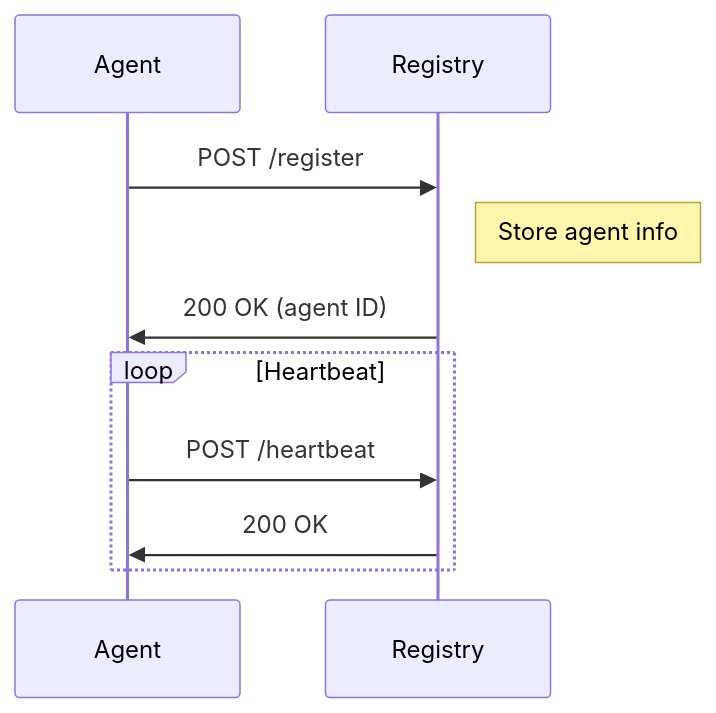
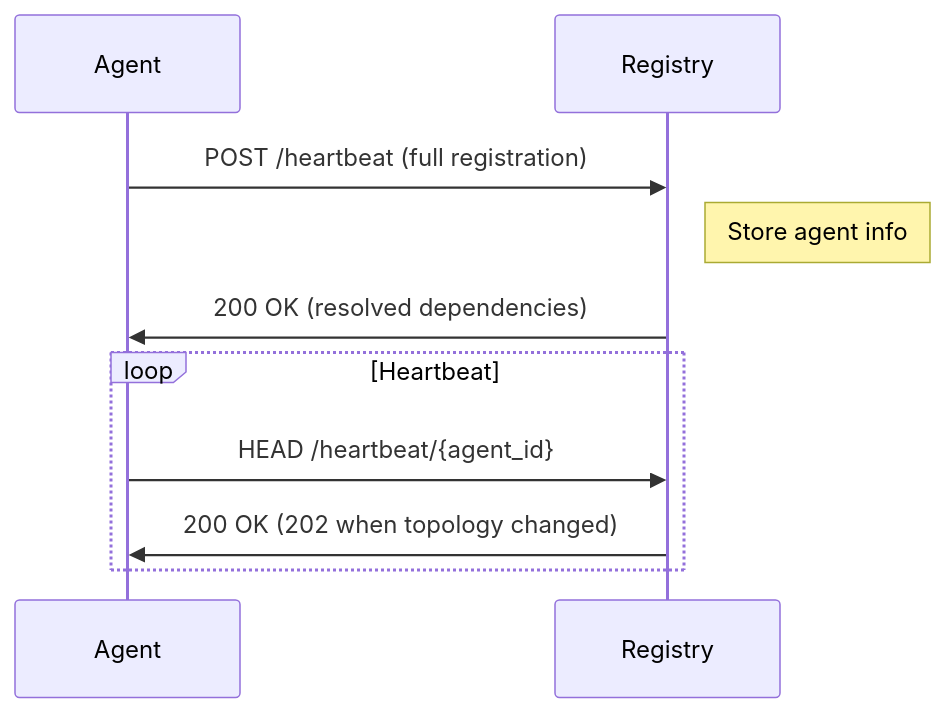
Before and after one commit to dhyansraj/mcp-mesh: the first of 2 diagrams in docs/concepts/registry.md, drawn with Mermaid. The commit also changed other lines of this file and 77 other files, not shown here.

````diff
--- a/docs/concepts/registry.md
+++ b/docs/concepts/registry.md
@@ -76,13 +80,13 @@
 ```mermaid
 sequenceDiagram
     participant A as Agent
     participant R as Registry
 
-    A->>R: POST /register
+    A->>R: POST /heartbeat (full registration)
     Note right of R: Store agent info
-    R->>A: 200 OK (agent ID)
+    R->>A: 200 OK (resolved dependencies)
     loop Heartbeat
-        A->>R: POST /heartbeat
-        R->>A: 200 OK
+        A->>R: HEAD /heartbeat/{agent_id}
+        R->>A: 200 OK (202 when topology changed)
     end
 ```
````
